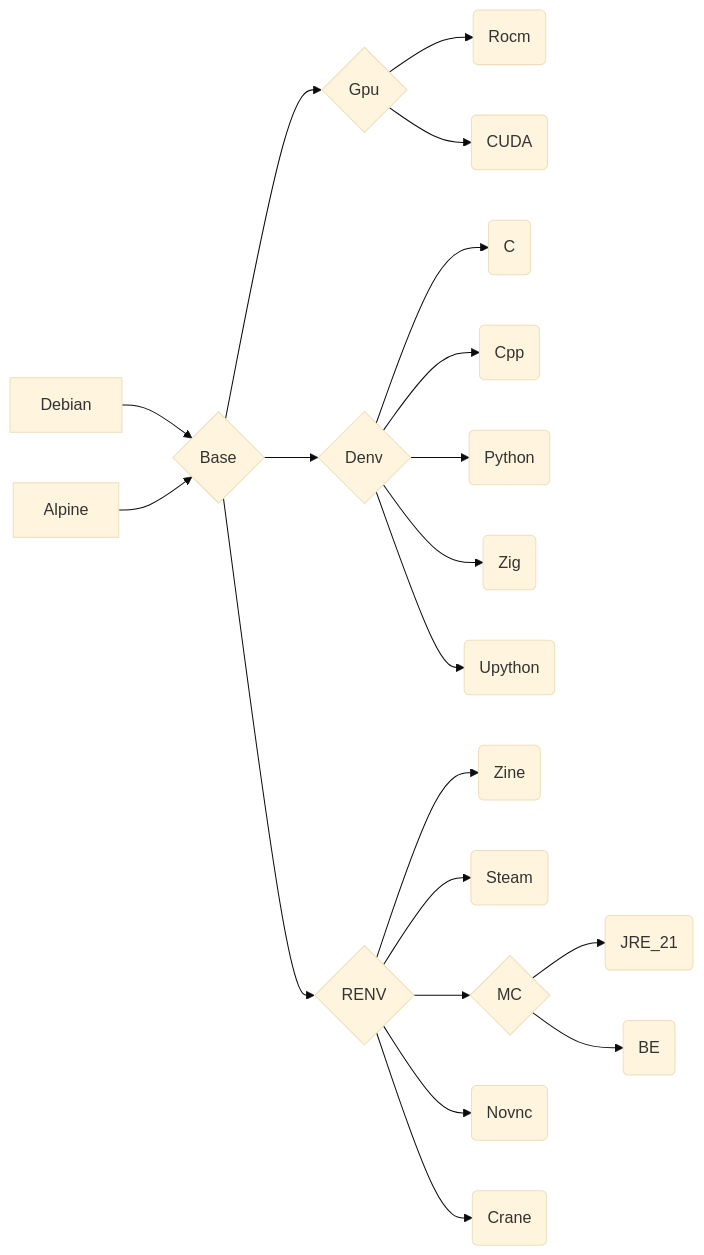
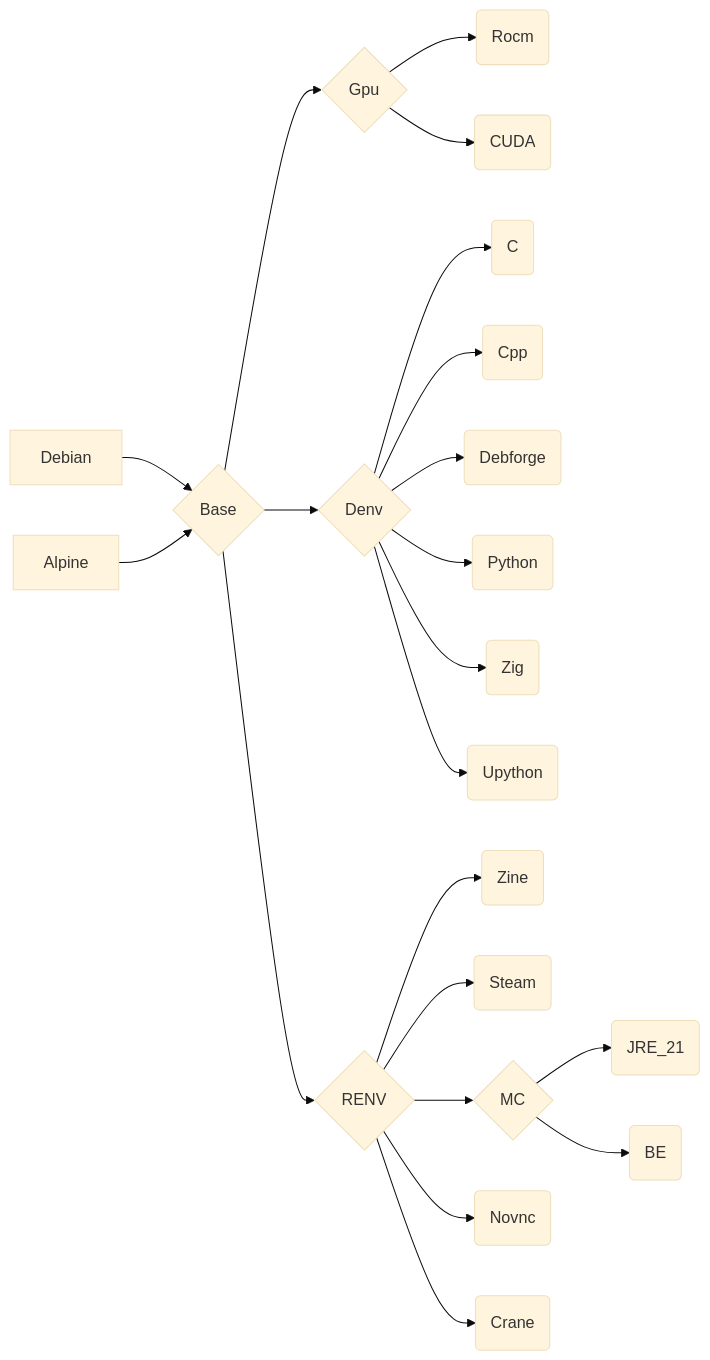
One commit to eoeair/cenv changed the diagram in README.md. Above: the diagram before and after it, drawn with Mermaid (base theme). The commit also changed 4 other files, not shown here.

````diff
--- a/README.md
+++ b/README.md
@@ -64,24 +64,25 @@
 ```mermaid
 graph LR
 Debian-->B{Base}
 Alpine-->B
  
 B-->G{Gpu}-->GA(Rocm)
 G-->GB(CUDA)
 
 B-->D{Denv}
 D-->DA(C)
 D-->DB(Cpp)
+D-->DF(Debforge)
 D-->DC(Python)
 D-->DD(Zig)
 D-->DE(Upython)
 
 B-->R{RENV}
 R-->RA(Zine)
 R-->RB(Steam)
 R-->RC{MC}
 RC-->RCA(JRE_21)
 RC-->RCB(BE)
 R-->RD(Novnc)
 R-->RE(Crane)
 ```
````
